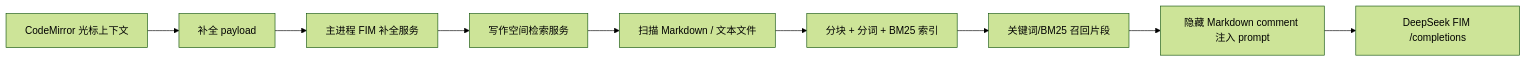
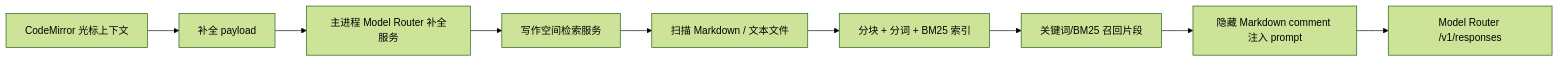
Before and after one commit to XinyuZheng1878/SciForge-reproduction-: the diagram in docs/WRITE_RETRIEVAL_RAG.zh-CN.md, drawn with Mermaid (forest theme). The commit also changed other lines of this file and 128 other files, not shown here.

Commit message:
Sync DeepSeek GUI runtime updates

````diff
--- a/docs/WRITE_RETRIEVAL_RAG.zh-CN.md
+++ b/docs/WRITE_RETRIEVAL_RAG.zh-CN.md
@@ -21,11 +21,11 @@
 ```mermaid
 flowchart LR
   A["CodeMirror 光标上下文"] --> B["补全 payload"]
-  B --> C["主进程 FIM 补全服务"]
+  B --> C["主进程 Model Router 补全服务"]
   C --> D["写作空间检索服务"]
   D --> E["扫描 Markdown / 文本文件"]
   E --> F["分块 + 分词 + BM25 索引"]
   F --> G["关键词/BM25 召回片段"]
   G --> H["隐藏 Markdown comment 注入 prompt"]
-  H --> I["DeepSeek FIM /completions"]
+  H --> I["Model Router /v1/responses"]
 ```
````
